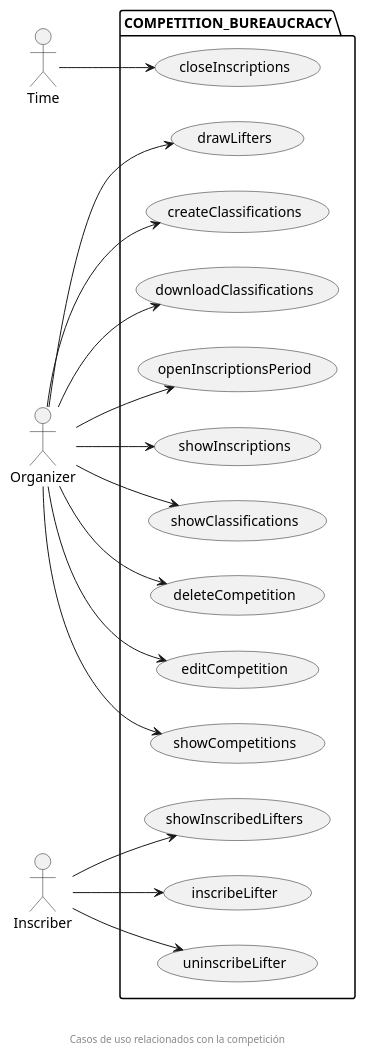
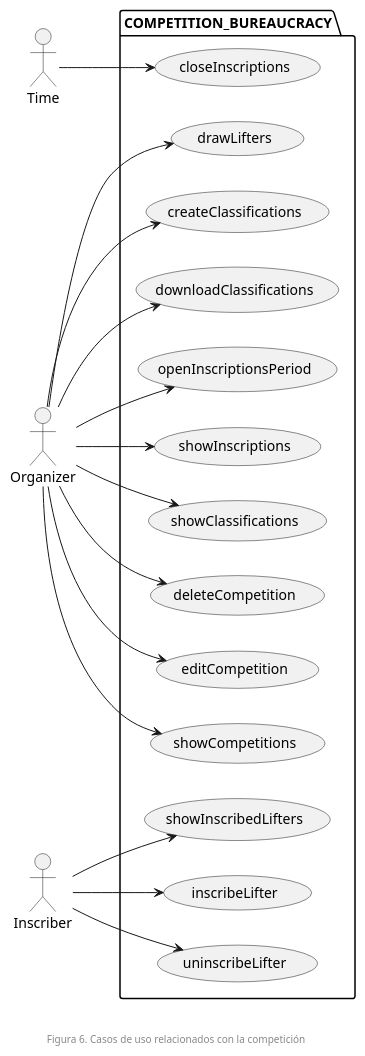
One commit to zuldare/mastercloud_pfm_halterocms changed the diagram in diagrams/usecases/competitionBureaucracy.puml. Above: the diagram before and after it, drawn with PlantUML. The commit also changed 12 other files, not shown here.

```diff
--- a/diagrams/usecases/competitionBureaucracy.puml
+++ b/diagrams/usecases/competitionBureaucracy.puml
@@ -1,39 +1,39 @@
 @startuml
 left to right direction
 
 package COMPETITION_BUREAUCRACY {
  usecase openInscriptionsPeriod
  usecase showInscriptions
  usecase closeInscriptions
 
  usecase deleteCompetition
  usecase editCompetition
  usecase showCompetitions
 
  usecase drawLifters
  usecase inscribeLifter
  usecase uninscribeLifter
  usecase showInscribedLifters
 
  usecase createClassifications
  usecase downloadClassifications
  usecase showClassifications
 }
 
 Time --> closeInscriptions
 Organizer --> openInscriptionsPeriod
 Organizer --> showInscriptions
 Organizer --> drawLifters
 Organizer --> deleteCompetition
 Organizer --> editCompetition
 Organizer --> showCompetitions
 Organizer --> createClassifications
 Organizer --> showClassifications
 Organizer --> downloadClassifications
 
 Inscriber --> inscribeLifter
 Inscriber --> uninscribeLifter
 Inscriber --> showInscribedLifters
 
-footer \n\n Casos de uso relacionados con la competición
+footer \n\nFigura 6. Casos de uso relacionados con la competición
 @enduml
```
